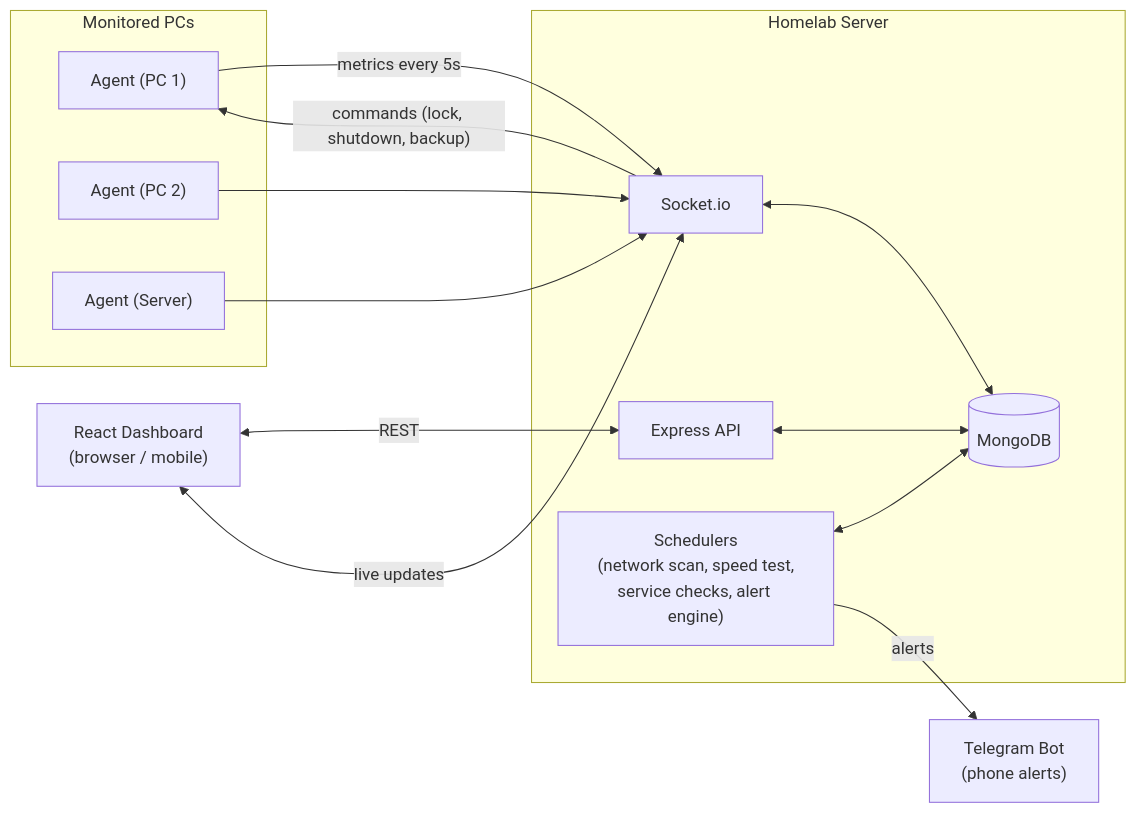
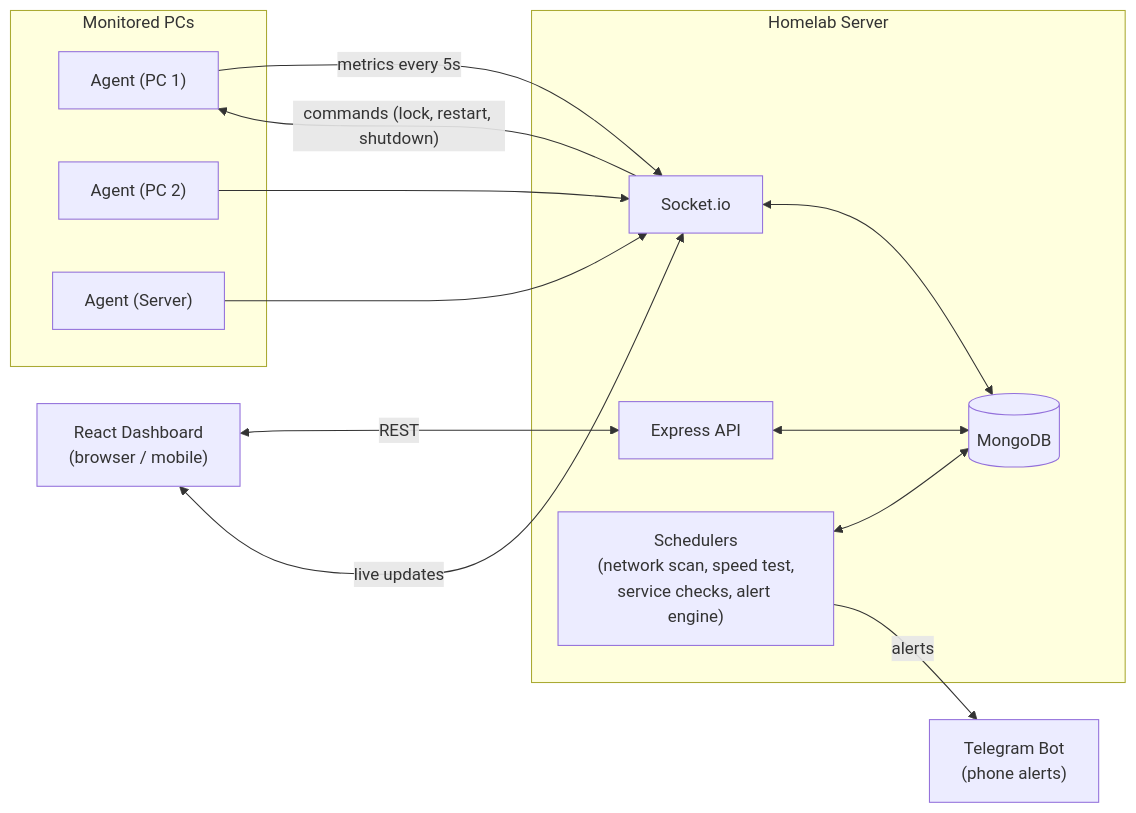
One commit to ahmadghouri/homelab-dashboard changed the first of 5 diagrams in PLAN.md. Above: the diagram before and after it, drawn with Mermaid. The commit also changed other lines of this file and 342 other files, not shown here.

````diff
--- a/PLAN.md
+++ b/PLAN.md
@@ -101,29 +98,29 @@
 ```mermaid
 flowchart LR
     subgraph PCs["Monitored PCs"]
         A1["Agent (PC 1)"]
         A2["Agent (PC 2)"]
         A3["Agent (Server)"]
     end
 
     subgraph Core["Homelab Server"]
         API["Express API"]
         WS["Socket.io"]
         JOBS["Schedulers<br/>(network scan, speed test,<br/>service checks, alert engine)"]
         DB[("MongoDB")]
     end
 
     UI["React Dashboard<br/>(browser / mobile)"]
     TG["Telegram Bot<br/>(phone alerts)"]
 
     A1 -- "metrics every 5s" --> WS
     A2 --> WS
     A3 --> WS
-    WS -- "commands (lock, shutdown, backup)" --> A1
+    WS -- "commands (lock, restart, shutdown)" --> A1
     API <--> DB
     WS <--> DB
     JOBS <--> DB
     UI <-- "REST" --> API
     UI <-- "live updates" --> WS
     JOBS -- "alerts" --> TG
 ```
````
